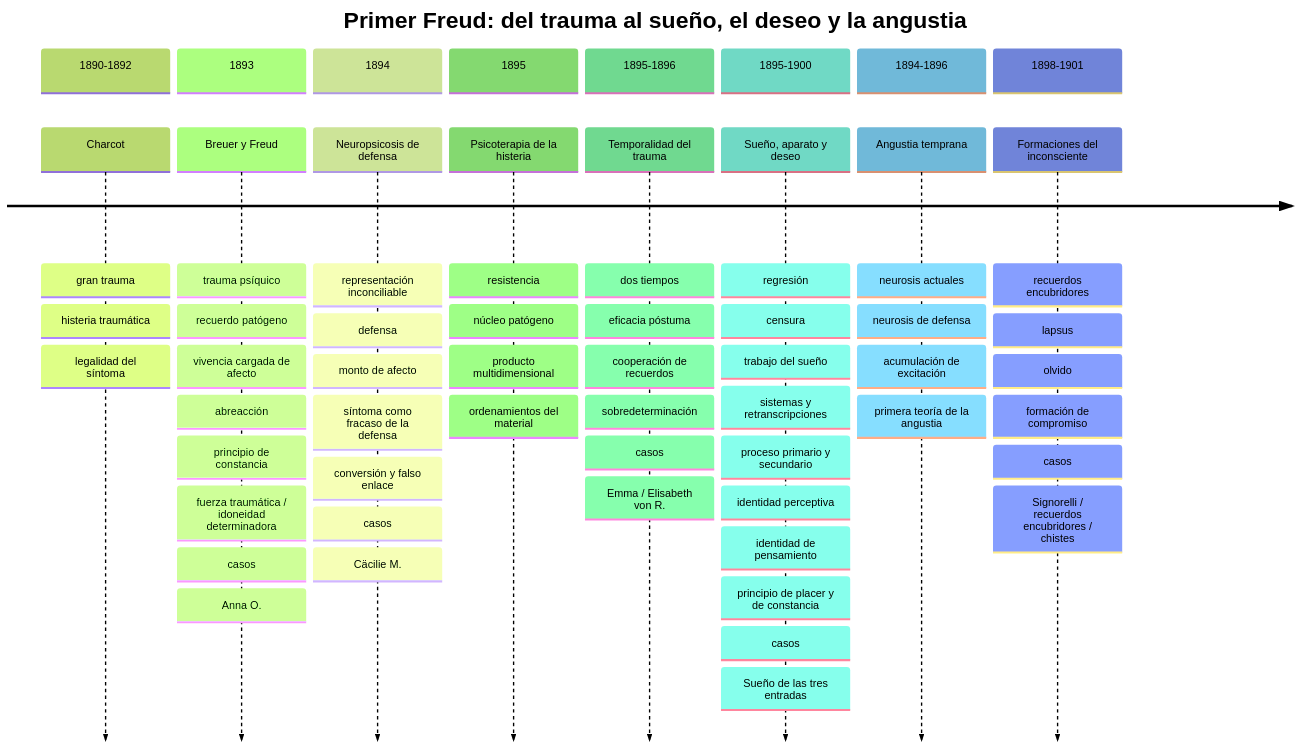
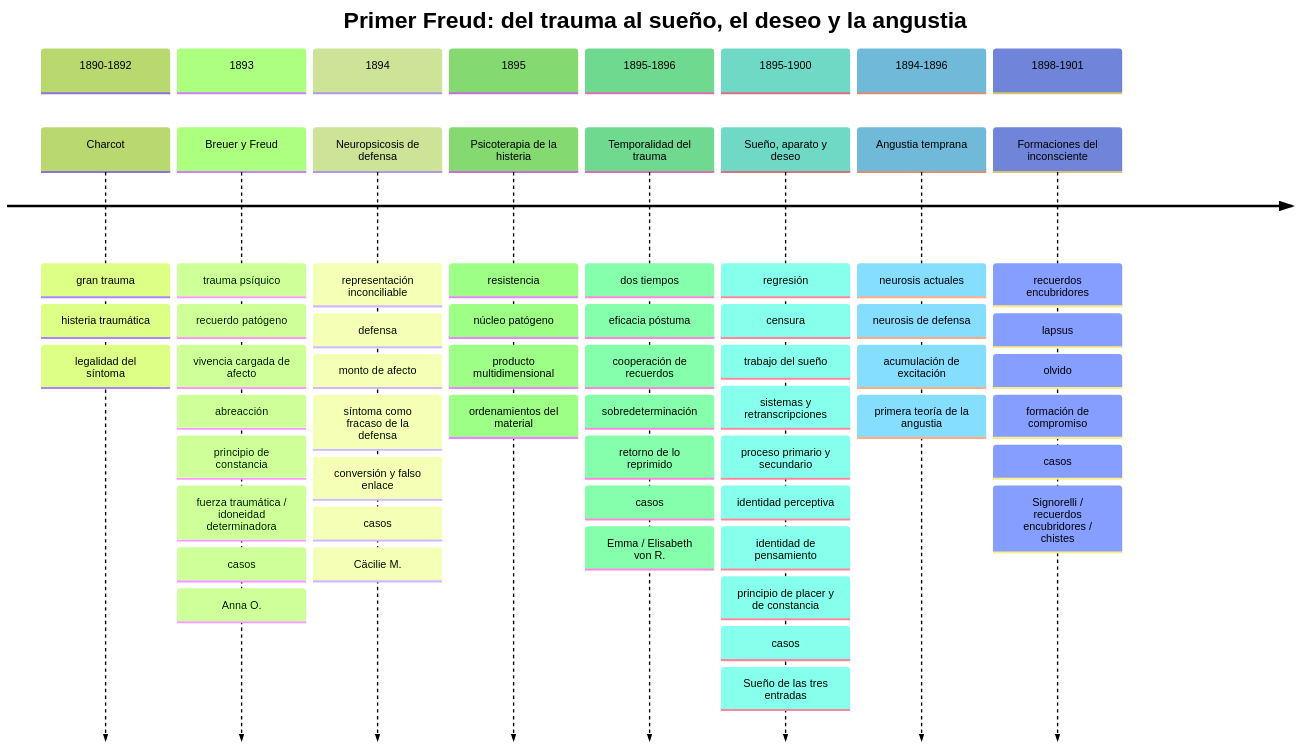
Before and after one commit to javifernandes/psicoanalisis-freud-laznik: the first of 3 diagrams in libro/bookops/02-sintesis-integrada/00-linea-temporal-del-primer-freud.md, drawn with Mermaid (forest theme). The commit also changed other lines of this file, not shown here.

Commit message:
Add later defense texts to Freud timeline

````diff
--- a/libro/bookops/02-sintesis-integrada/00-linea-temporal-del-primer-freud.md
+++ b/libro/bookops/02-sintesis-integrada/00-linea-temporal-del-primer-freud.md
@@ -7,63 +7,64 @@
 ```mermaid
 timeline
     title Primer Freud: del trauma al sueño, el deseo y la angustia
 
     section 1890-1892
       Charcot : gran trauma
               : histeria traumática
               : legalidad del síntoma
 
     section 1893
       Breuer y Freud : trauma psíquico
                      : recuerdo patógeno
                      : vivencia cargada de afecto
                      : abreacción
                      : principio de constancia
                      : fuerza traumática / idoneidad determinadora
                      : casos: Anna O.
 
     section 1894
       Neuropsicosis de defensa : representación inconciliable
                                : defensa
                                : monto de afecto
                                : síntoma como fracaso de la defensa
                                : conversión y falso enlace
                                : casos: Cäcilie M.
 
     section 1895
       Psicoterapia de la histeria : resistencia
                                   : núcleo patógeno
                                   : producto multidimensional
                                   : ordenamientos del material
 
     section 1895-1896
       Temporalidad del trauma : dos tiempos
                               : eficacia póstuma
                               : cooperación de recuerdos
                               : sobredeterminación
+                              : retorno de lo reprimido
                               : casos: Emma / Elisabeth von R.
 
     section 1895-1900
       Sueño, aparato y deseo : regresión
                              : censura
                              : trabajo del sueño
                              : sistemas y retranscripciones
                              : proceso primario y secundario
                              : identidad perceptiva
                              : identidad de pensamiento
                              : principio de placer y de constancia
                              : casos: Sueño de las tres entradas
 
     section 1894-1896
       Angustia temprana : neurosis actuales
                         : neurosis de defensa
                         : acumulación de excitación
                         : primera teoría de la angustia
 
     section 1898-1901
       Formaciones del inconsciente : recuerdos encubridores
                                    : lapsus
                                    : olvido
                                    : formación de compromiso
                                    : casos: Signorelli / recuerdos encubridores / chistes
 ```
````
